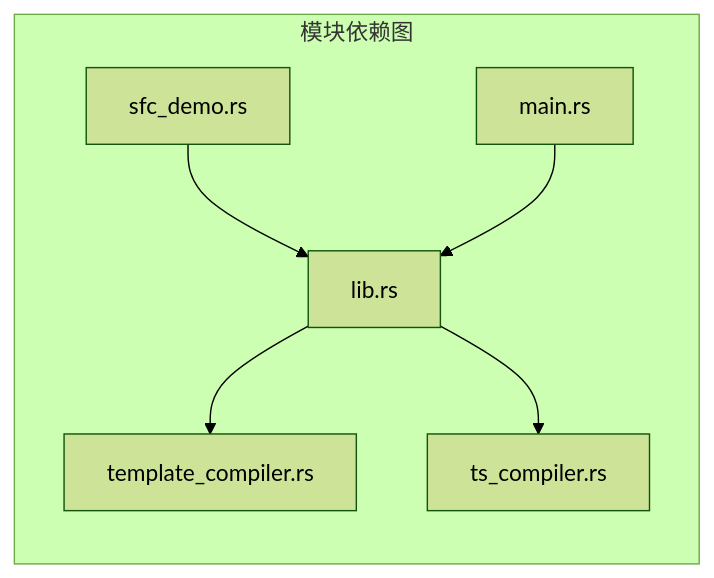
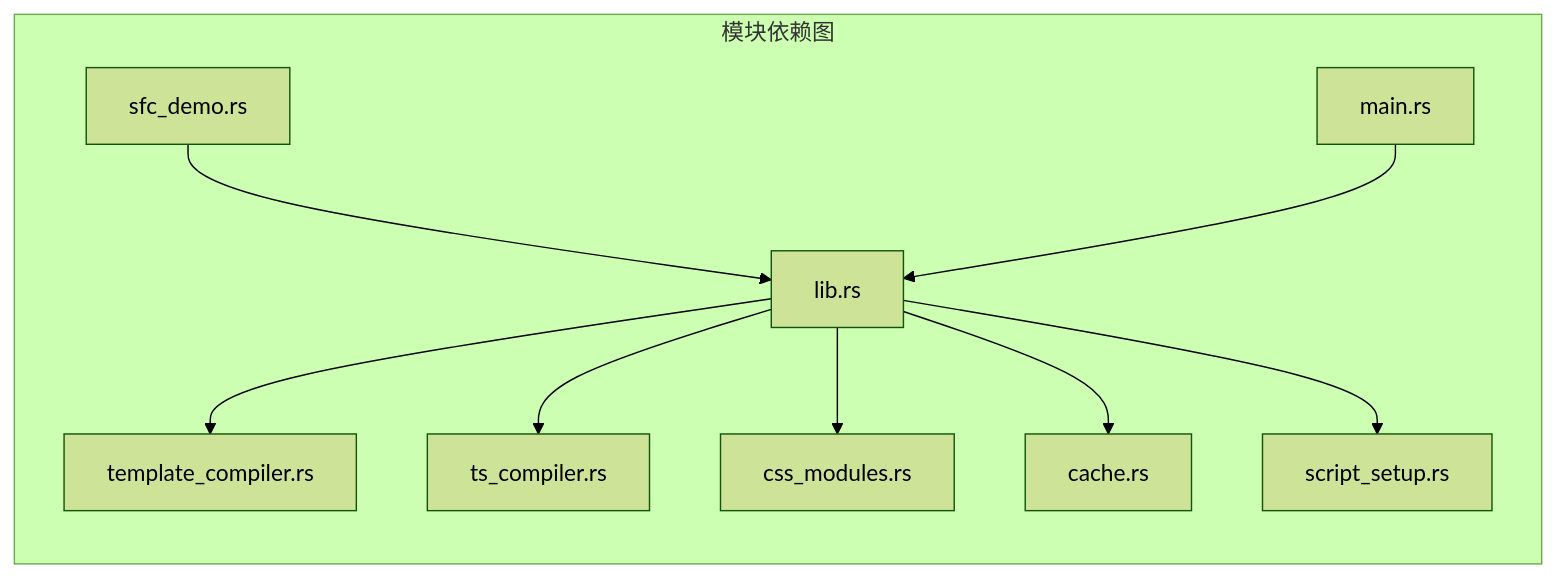
Before and after one commit to itszzl-sudo/iris: diagram 17 of 19 in .qoder/repowiki/zh/content/技术架构详解/即时转译系统/SFC编译器初始化机制.md, drawn with Mermaid (forest theme). The commit also changed other lines of this file and 3 other files, not shown here.

Commit message:
feat: 添加 script setup 和编译器宏支持 (58 tests pass)

````diff
--- a/.qoder/repowiki/zh/content/技术架构详解/即时转译系统/SFC编译器初始化机制.md
+++ b/.qoder/repowiki/zh/content/技术架构详解/即时转译系统/SFC编译器初始化机制.md
@@ -483,9 +711,12 @@
 ```mermaid
 graph LR
 subgraph "模块依赖图"
 A[lib.rs] --> B[template_compiler.rs]
 A --> C[ts_compiler.rs]
-D[sfc_demo.rs] --> A
-E[main.rs] --> A
+A --> D[css_modules.rs]
+A --> E[cache.rs]
+A --> F[script_setup.rs]
+G[sfc_demo.rs] --> A
+H[main.rs] --> A
 end
 ```
````
